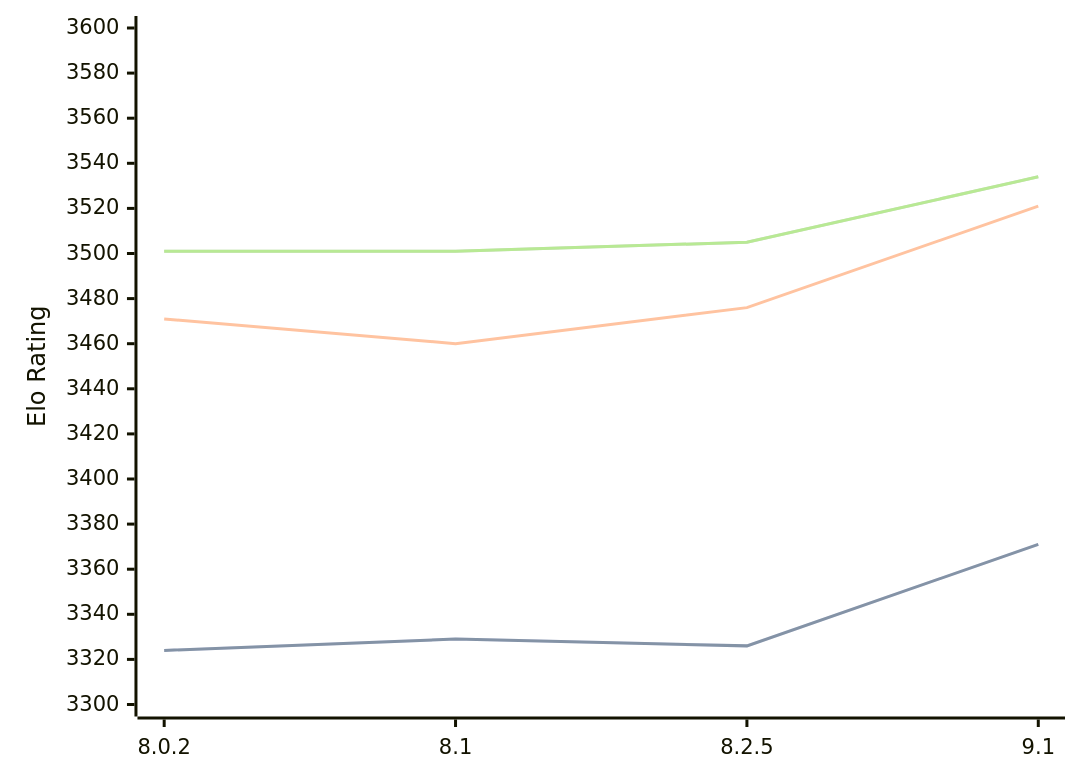
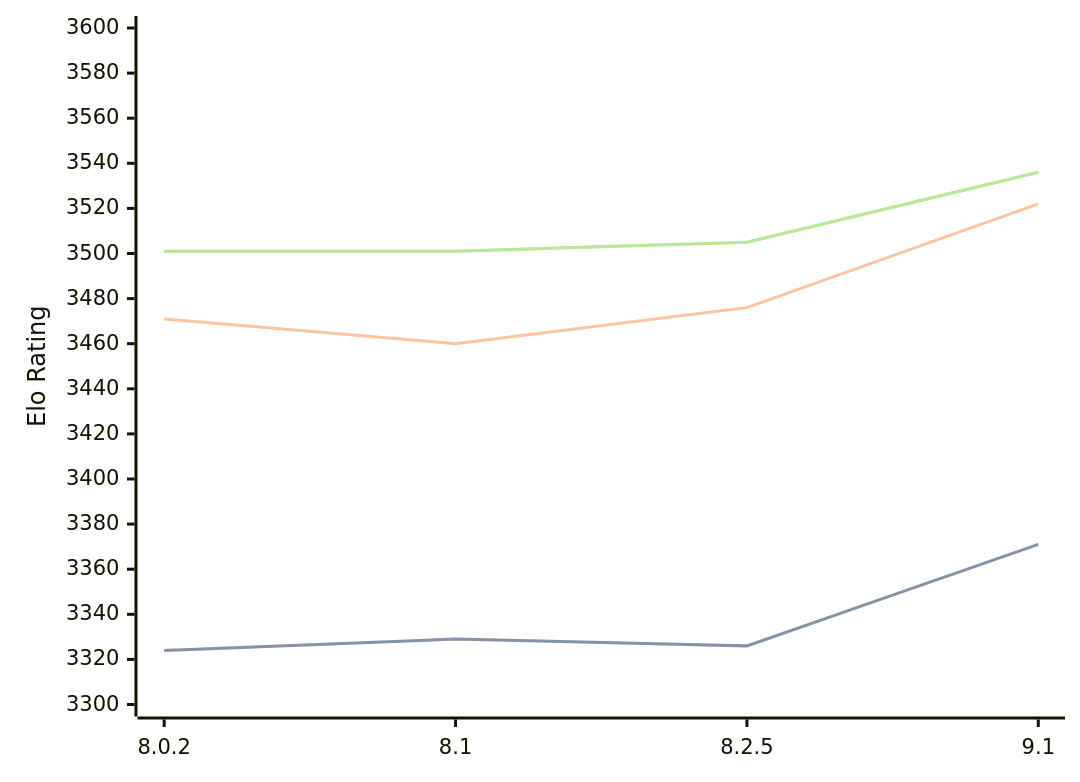
The third of 3 diagrams in engines/Clover.md (computer-chess-index/cci), drawn with Mermaid before and after one commit. The commit also changed other lines of this file, not shown here.

Commit message:
Update CCI Ratings (ELO VLTC) - 2026-06-30

````diff
--- a/engines/Clover.md
+++ b/engines/Clover.md
@@ -97,11 +97,11 @@
 ```mermaid
 %%{init: {"theme":"base","themeVariables":{"seriesColors:['#a3a3a3','#222221','#faa371']}}}%%
 xychart-beta
   x-axis ["8.0.2", "8.1", "8.2.5", "9.1"]
   y-axis "Elo Rating" 3300 --> 3600
   line "STC (8.0+0.08s)" [3324, 3329, 3326, 3371]
   line "STC (8.0+0.08s)" [3324, 3329, 3326, 3371]
-  line "LTC (60.0+0.60s)" [3471, 3460, 3476, 3521]
-  line "VLTC (2m24s+1.12s)" [3501, 3501, 3505, 3534]
-  line "VLTC (2m24s+1.12s)" [3501, 3501, 3505, 3534]
+  line "LTC (60.0+0.60s)" [3471, 3460, 3476, 3522]
+  line "VLTC (2m24s+1.12s)" [3501, 3501, 3505, 3536]
+  line "VLTC (2m24s+1.12s)" [3501, 3501, 3505, 3536]
 ```
````
